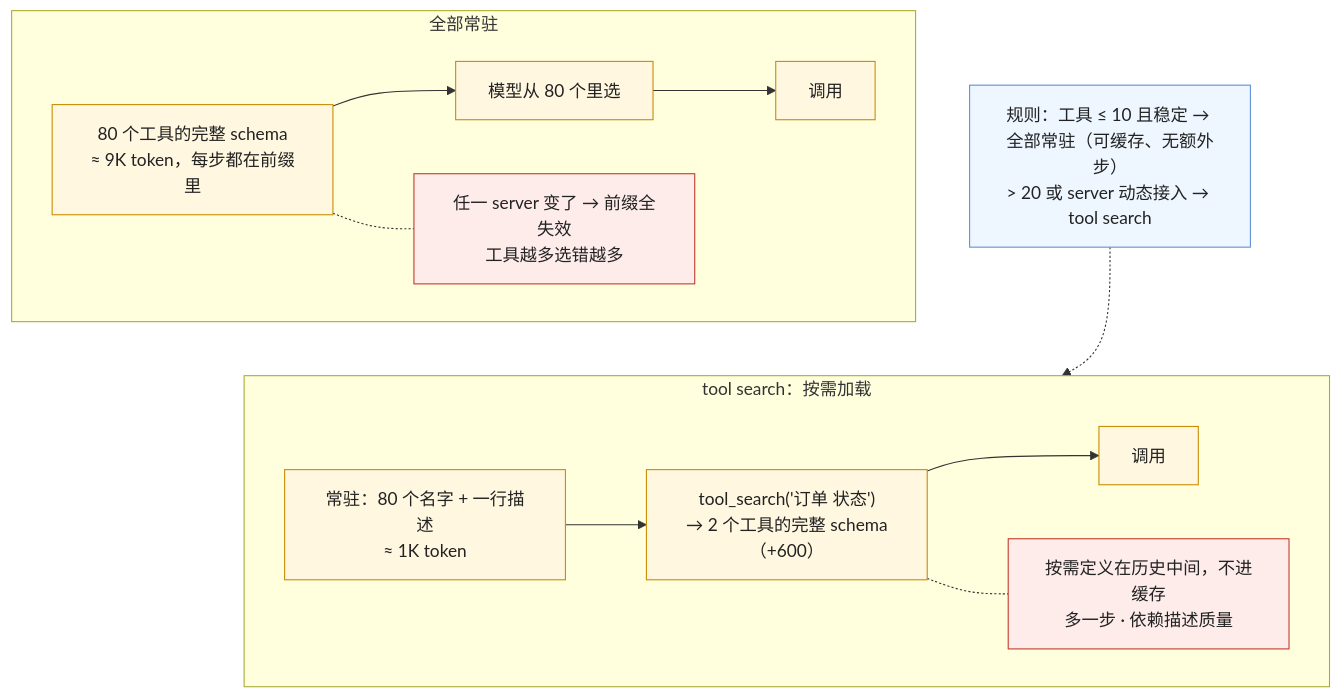
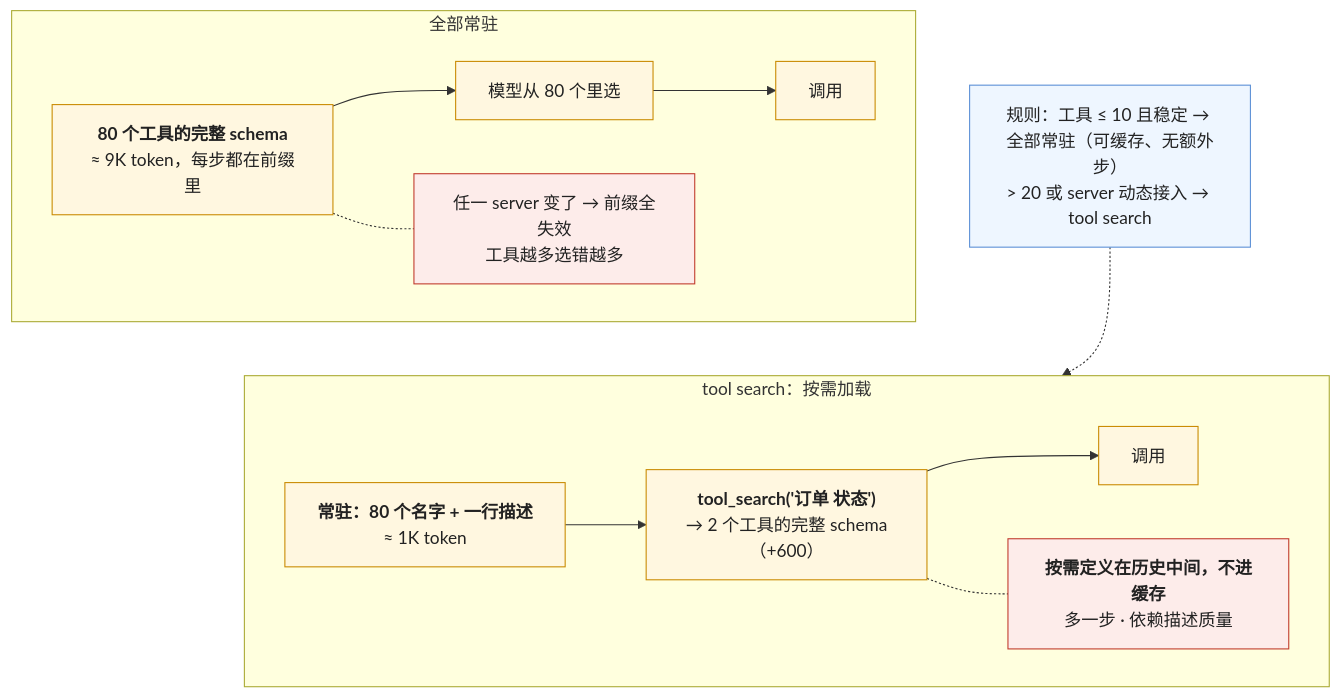
One commit to arganzheng/arganzheng.github.com changed the fourth of 5 diagrams in _posts/2026-10-22-tool-calling-mcp-tool-search-and-programmatic-tool-calling.md. Above: the diagram before and after it, drawn with Mermaid. The commit also changed other lines of this file and 9 other files, not shown here.

First line of the commit message:
工具、Agent 与 harness：模型怎么从回答变成做事：Mermaid 多行方框的首行标为标题（10 篇）

````diff
--- a/_posts/2026-10-22-tool-calling-mcp-tool-search-and-programmatic-tool-calling.md
+++ b/_posts/2026-10-22-tool-calling-mcp-tool-search-and-programmatic-tool-calling.md
@@ -159,23 +159,23 @@
 ```mermaid
 %% 图：tool search 的账——12 个 MCP server 共 80 个工具全部常驻：每步 9K token 在前缀里、任一 server 变化让前缀全部失效、模型在 80 个里选错的概率高；按需加载：常驻只有 80 行名字约 1K，模型先调 tool_search 找到 2 个工具的完整 schema（+600，在历史中间、不进缓存），再调用；总 token 降，命中率这个比例可能反而变差——看绝对量
 flowchart TB
     subgraph ALL["全部常驻"]
         direction LR
-        A1["80 个工具的完整 schema<br/>≈ 9K token，每步都在前缀里"] --> A2["模型从 80 个里选"] --> A3["调用"]
+        A1["<b>80 个工具的完整 schema</b><br/>≈ 9K token，每步都在前缀里"] --> A2["模型从 80 个里选"] --> A3["调用"]
         A1 -.- AX["任一 server 变了 → 前缀全失效<br/>工具越多选错越多"]
     end
     subgraph LAZY["tool search：按需加载"]
         direction LR
-        L1["常驻：80 个名字 + 一行描述<br/>≈ 1K token"] --> L2["tool_search('订单 状态')<br/>→ 2 个工具的完整 schema（+600）"] --> L3["调用"]
-        L2 -.- LX["按需定义在历史中间，不进缓存<br/>多一步 · 依赖描述质量"]
+        L1["<b>常驻：80 个名字 + 一行描述</b><br/>≈ 1K token"] --> L2["<b>tool_search('订单 状态')</b><br/>→ 2 个工具的完整 schema（+600）"] --> L3["调用"]
+        L2 -.- LX["<b>按需定义在历史中间，不进缓存</b><br/>多一步 · 依赖描述质量"]
     end
     ALL ~~~ LAZY
     R["规则：工具 ≤ 10 且稳定 → 全部常驻（可缓存、无额外步）<br/>> 20 或 server 动态接入 → tool search"] -.-> LAZY
     classDef n fill:#fff7e0,stroke:#c98a00,color:#222
     classDef bad fill:#fdecea,stroke:#c0392b,color:#222
     classDef ok fill:#eefaf0,stroke:#4d9a5c,color:#222
     classDef r fill:#eef6ff,stroke:#5b8fd6,color:#222
     class A1,A2,A3,L1,L2,L3 n
     class AX,LX bad
     class R r
 ```
````
